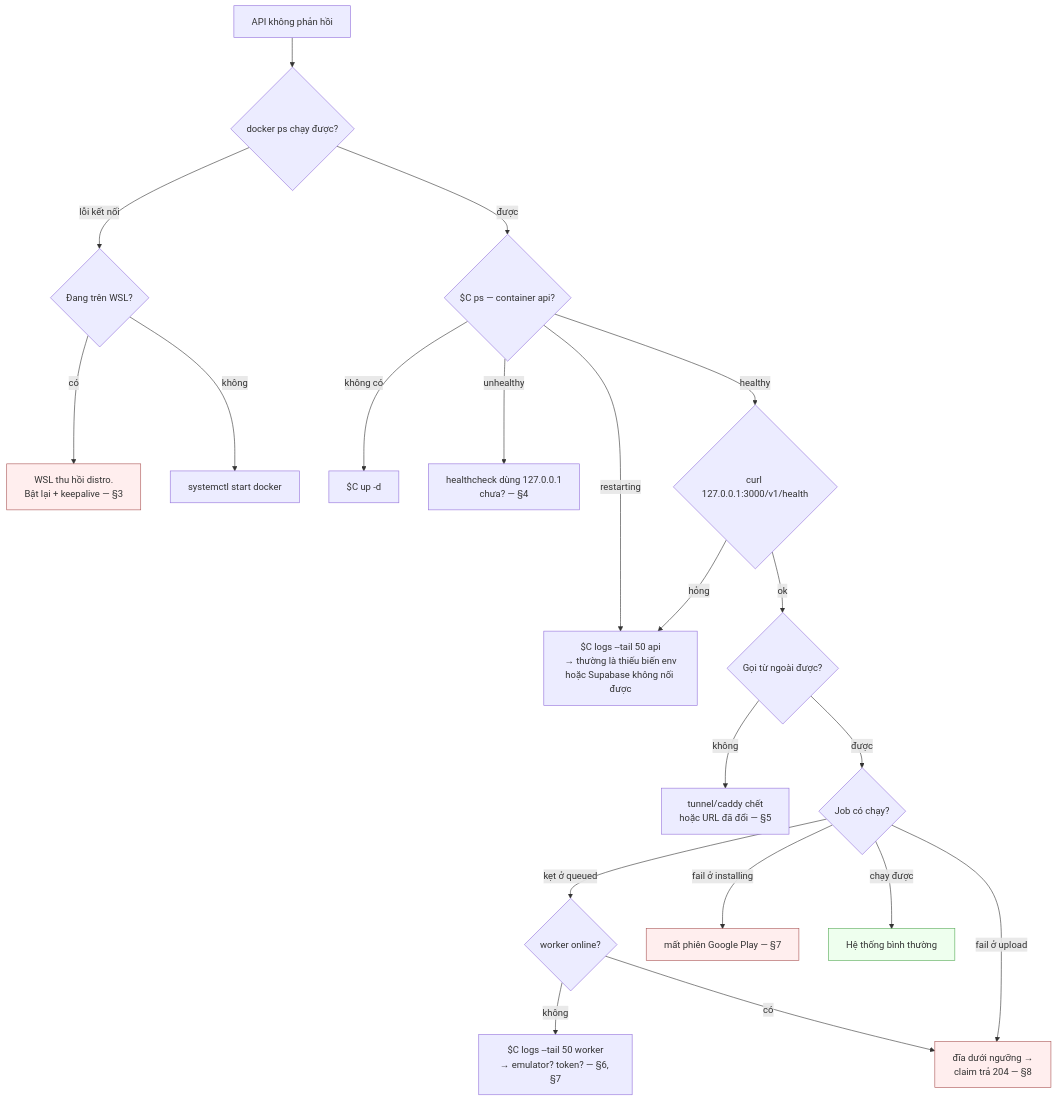
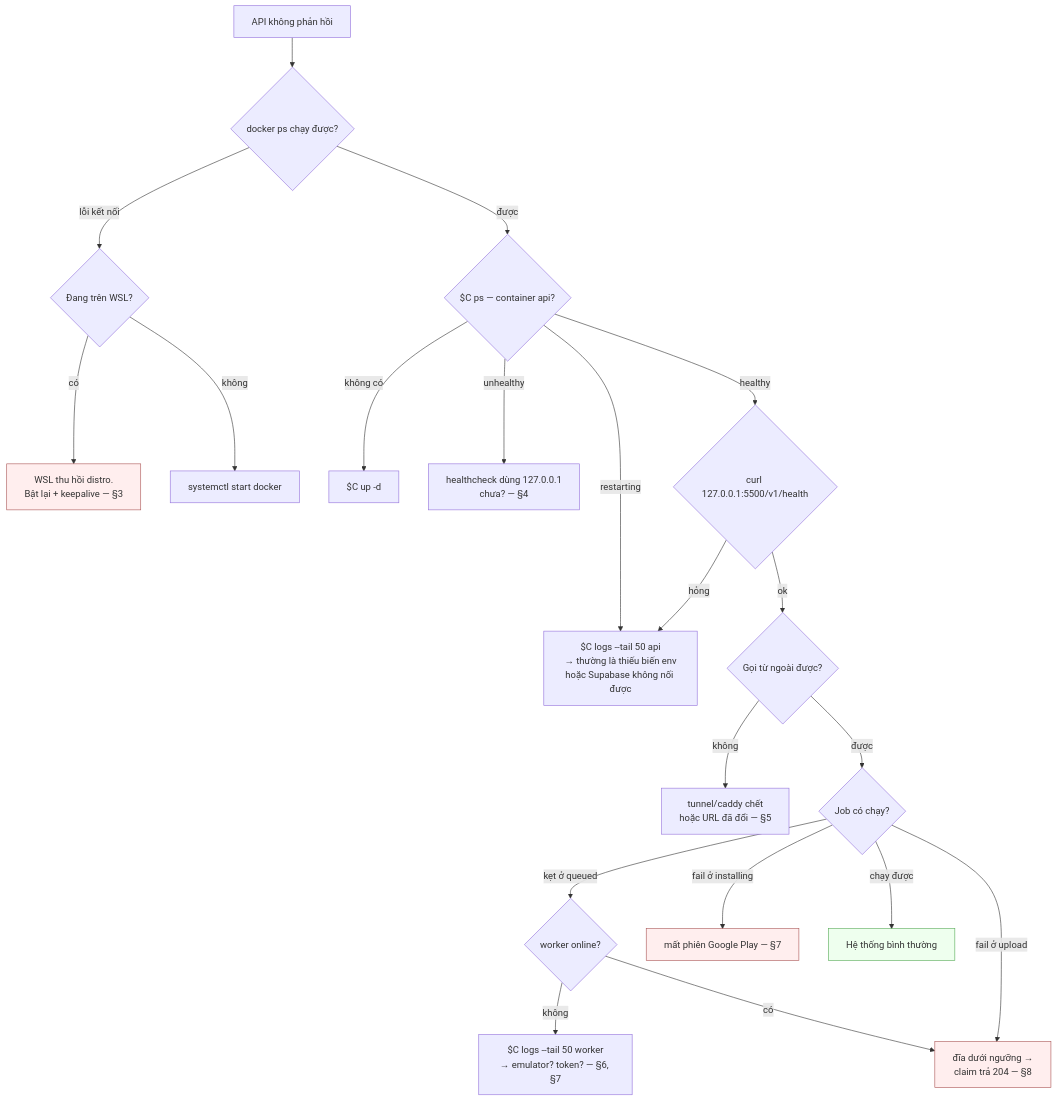
Before and after one commit to daclong120-del/app-relay: the diagram in docs/runbook.md, drawn with Mermaid. The commit also changed other lines of this file and 27 other files, not shown here.

Commit message:
feat: add worker implementation, container deployment architecture, and comprehensive project documentation

````diff
--- a/docs/runbook.md
+++ b/docs/runbook.md
@@ -34,33 +34,33 @@
 ```mermaid
 flowchart TD
     S["API không phản hồi"] --> D{"docker ps chạy được?"}
 
     D -->|"lỗi kết nối"| WSL{"Đang trên WSL?"}
     WSL -->|"có"| KA["WSL thu hồi distro.<br/>Bật lại + keepalive — §3"]
     WSL -->|"không"| DK["systemctl start docker"]
 
     D -->|"được"| P{"$C ps — container api?"}
     P -->|"không có"| UP["$C up -d"]
     P -->|"restarting"| LOG["$C logs --tail 50 api<br/>→ thường là thiếu biến env<br/>hoặc Supabase không nối được"]
     P -->|"unhealthy"| HC["healthcheck dùng 127.0.0.1<br/>chưa? — §4"]
-    P -->|"healthy"| H{"curl 127.0.0.1:3000/v1/health"}
+    P -->|"healthy"| H{"curl 127.0.0.1:5500/v1/health"}
 
     H -->|"hỏng"| LOG
     H -->|"ok"| EXT{"Gọi từ ngoài được?"}
 
     EXT -->|"không"| TUN["tunnel/caddy chết<br/>hoặc URL đã đổi — §5"]
     EXT -->|"được"| JOB{"Job có chạy?"}
 
     JOB -->|"kẹt ở queued"| Q{"worker online?"}
     Q -->|"không"| W["$C logs --tail 50 worker<br/>→ emulator? token? — §6, §7"]
     Q -->|"có"| DISK["đĩa dưới ngưỡng →<br/>claim trả 204 — §8"]
 
     JOB -->|"fail ở installing"| ACC["mất phiên Google Play — §7"]
     JOB -->|"fail ở upload"| DISK
     JOB -->|"chạy được"| OK["Hệ thống bình thường"]
 
     classDef bad fill:#fee,stroke:#a55
     classDef good fill:#efe,stroke:#5a5
     class KA,ACC,DISK bad
     class OK good
 ```
````
